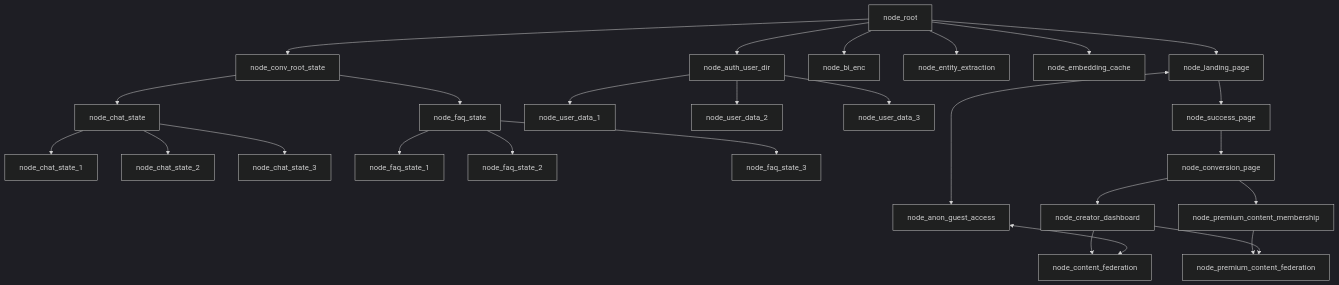
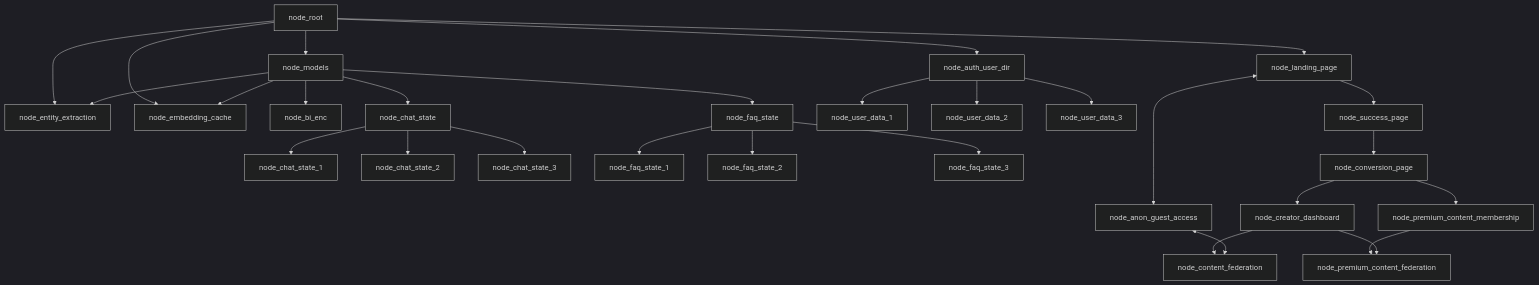
One commit to WrappedUsername/apexmite-jac changed the second of 3 diagrams in README.md. Above: the diagram before and after it, drawn with Mermaid (dark theme). The commit also changed 5 other files, not shown here.

````diff
--- a/README.md
+++ b/README.md
@@ -105,29 +105,31 @@
 ```mermaid
 graph TD;
     node_root-->node_landing_page
     node_root-->node_auth_user_dir
-    node_root-->node_bi_enc
     node_root-->node_entity_extraction
     node_root-->node_embedding_cache
-    node_root-->node_conv_root_state
-    node_conv_root_state-->node_chat_state
+    node_root-->node_models
+    node_models-->node_bi_enc
+    node_models-->node_entity_extraction
+    node_models-->node_embedding_cache
+    node_models-->node_chat_state
     node_chat_state-->node_chat_state_1
     node_chat_state-->node_chat_state_2
     node_chat_state-->node_chat_state_3
-    node_conv_root_state-->node_faq_state
+    node_models-->node_faq_state
     node_faq_state-->node_faq_state_1
     node_faq_state-->node_faq_state_2
     node_faq_state-->node_faq_state_3
     node_auth_user_dir-->node_user_data_1
     node_auth_user_dir-->node_user_data_2
     node_auth_user_dir-->node_user_data_3
     node_landing_page-->node_success_page
     node_landing_page<-->node_anon_guest_access
     node_success_page-->node_conversion_page
     node_conversion_page-->node_creator_dashboard
     node_conversion_page-->node_premium_content_membership
     node_premium_content_membership-->node_premium_content_federation
     node_creator_dashboard-->node_content_federation
     node_creator_dashboard-->node_premium_content_federation
     node_anon_guest_access<-->node_content_federation
 ```
````
